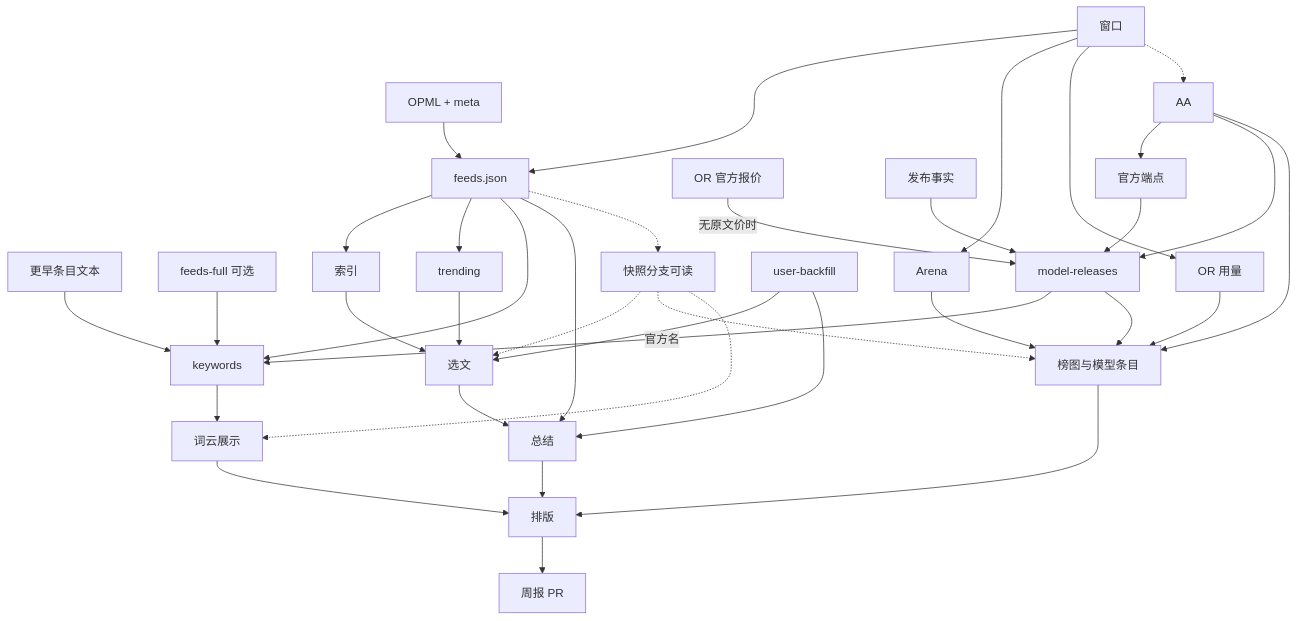
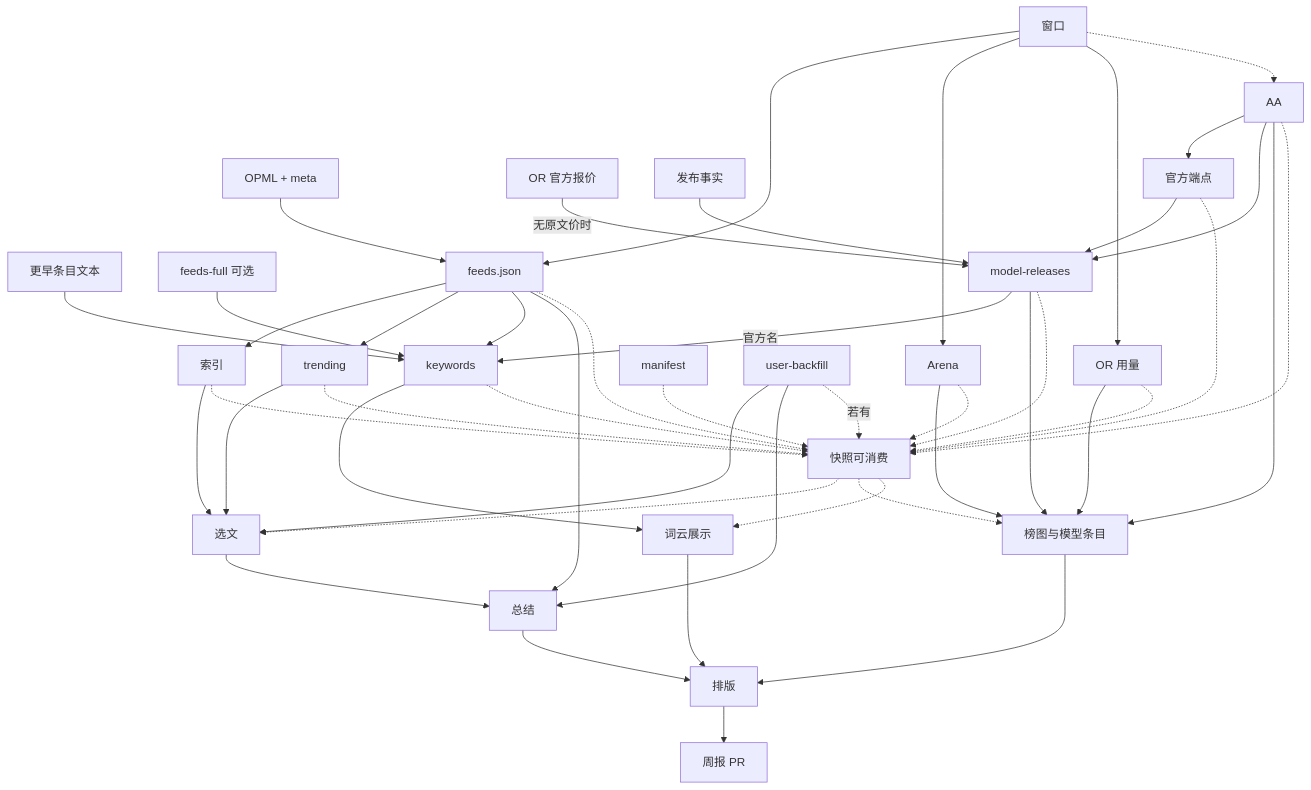
Before and after one commit to VirusPC/edges-brain-viruspc: the diagram in skills/managed/weekly-ai-blogs-digest/references/00-数据流.md, drawn with Mermaid. The commit also changed other lines of this file, not shown here.

Commit message:
docs: 修正快照门槛和发布授权
快照可消费要等必要产物完成或显式记缺口。另获授权后，用户或获授权的助手在验收通过后可以合并。

````diff
--- a/skills/managed/weekly-ai-blogs-digest/references/00-数据流.md
+++ b/skills/managed/weekly-ai-blogs-digest/references/00-数据流.md
@@ -13,62 +13,73 @@
 ```mermaid
 flowchart TD
   window["窗口"]
   opml["OPML + meta"]
   prior["更早条目文本"]
   full["feeds-full 可选"]
   feeds["feeds.json"]
   index["索引"]
   trend["trending"]
   aa["AA"]
   arena["Arena"]
   oruse["OR 用量"]
   orprice["OR 官方报价"]
   facts["发布事实"]
   ends["官方端点"]
   releases["model-releases"]
   keywords["keywords"]
+  manifest["manifest"]
   backfill["user-backfill"]
-  gate["快照分支可读"]
+  snap["快照可消费"]
   select["选文"]
   summary["总结"]
   charts["榜图与模型条目"]
   cloud["词云展示"]
   layout["排版"]
   report["周报 PR"]
 
   window --> feeds
   opml --> feeds
   feeds --> index
   feeds --> trend
   window --> arena
   window --> oruse
   window -.-> aa
   aa --> ends
   aa --> releases
   ends --> releases
   orprice -->|"无原文价时"| releases
   facts --> releases
   feeds --> keywords
   full --> keywords
   prior --> keywords
   releases -->|"官方名"| keywords
   index --> select
   trend --> select
   backfill --> select
   select --> summary
   feeds --> summary
   backfill --> summary
   aa --> charts
   arena --> charts
   oruse --> charts
   releases --> charts
   keywords --> cloud
   summary --> layout
   charts --> layout
   cloud --> layout
   layout --> report
-  feeds -.-> gate
-  gate -.-> select
-  gate -.-> charts
-  gate -.-> cloud
+  feeds -.-> snap
+  index -.-> snap
+  trend -.-> snap
+  aa -.-> snap
+  arena -.-> snap
+  oruse -.-> snap
+  ends -.-> snap
+  releases -.-> snap
+  keywords -.-> snap
+  manifest -.-> snap
+  backfill -.->|"若有"| snap
+  snap -.-> select
+  snap -.-> charts
+  snap -.-> cloud
 ```
````
